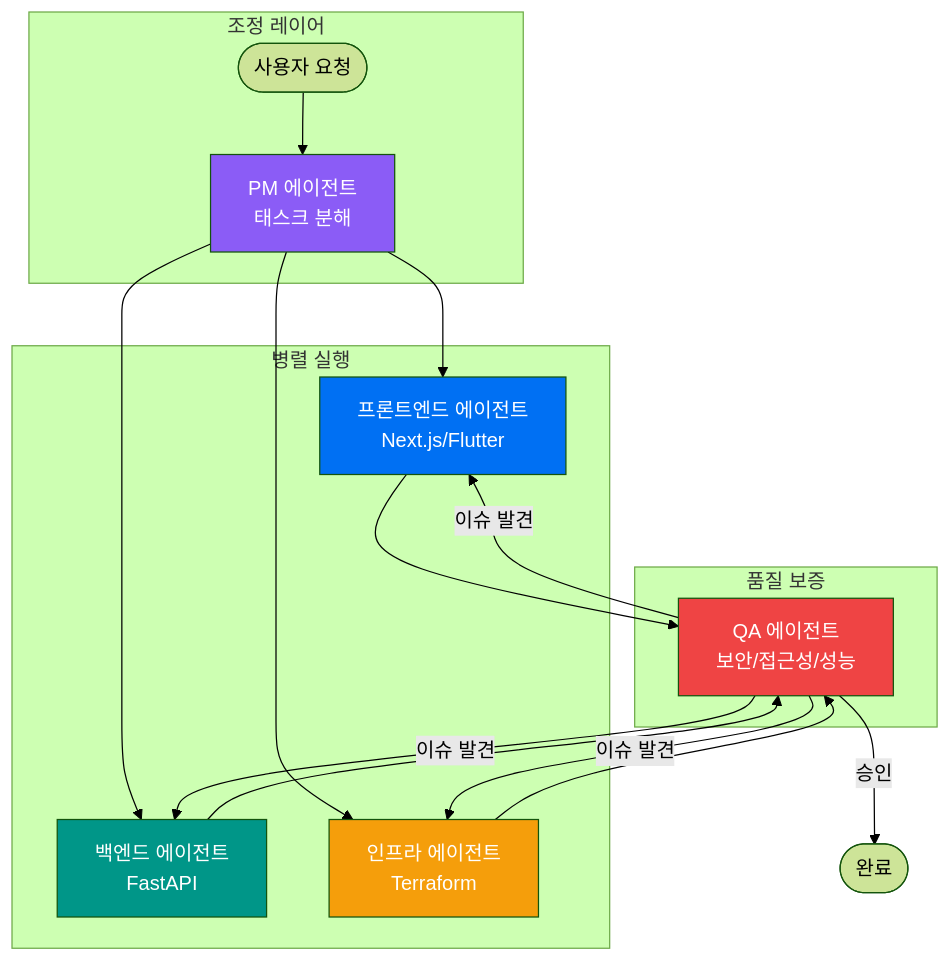
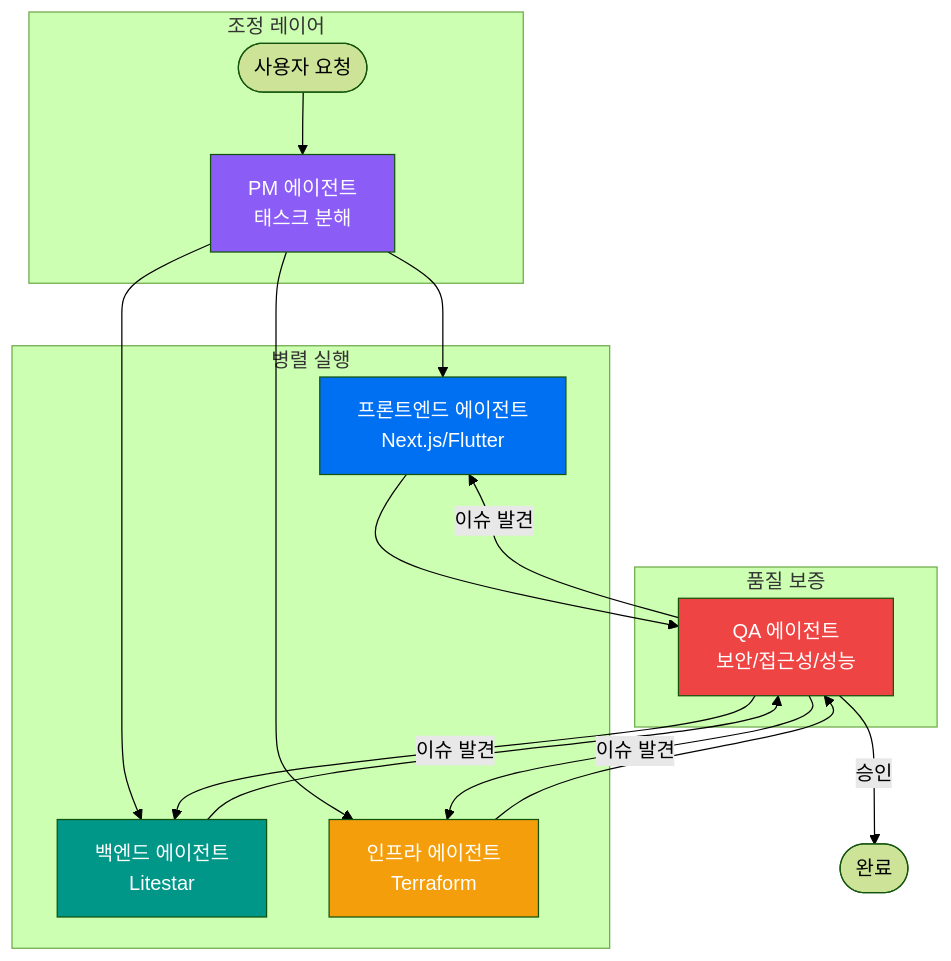
Before and after one commit to first-fluke/fullstack-starter: the second of 2 diagrams in docs/README.ko.md, drawn with Mermaid (forest theme). The commit also changed other lines of this file and 60 other files, not shown here.

Commit message:
feat(api,worker): migrate from fastapi to litestar and msgspec

````diff
--- a/docs/README.ko.md
+++ b/docs/README.ko.md
@@ -83,29 +83,29 @@
 ```mermaid
 graph TB
     subgraph Coordination["조정 레이어"]
         User([사용자 요청])
         PM[PM 에이전트<br/>태스크 분해]
     end
 
     subgraph Execution["병렬 실행"]
         FE[프론트엔드 에이전트<br/>Next.js/Flutter]
-        BE[백엔드 에이전트<br/>FastAPI]
+        BE[백엔드 에이전트<br/>Litestar]
         Infra[인프라 에이전트<br/>Terraform]
     end
 
     subgraph Review["품질 보증"]
         QA[QA 에이전트<br/>보안/접근성/성능]
     end
 
     User --> PM
     PM --> FE & BE & Infra
     FE & BE & Infra --> QA
     QA -->|이슈 발견| FE & BE & Infra
     QA -->|승인| Done([완료])
 
     style PM fill:#8B5CF6,color:#fff
     style FE fill:#0070f3,color:#fff
     style BE fill:#009688,color:#fff
     style Infra fill:#F59E0B,color:#fff
     style QA fill:#EF4444,color:#fff
 ```
````
